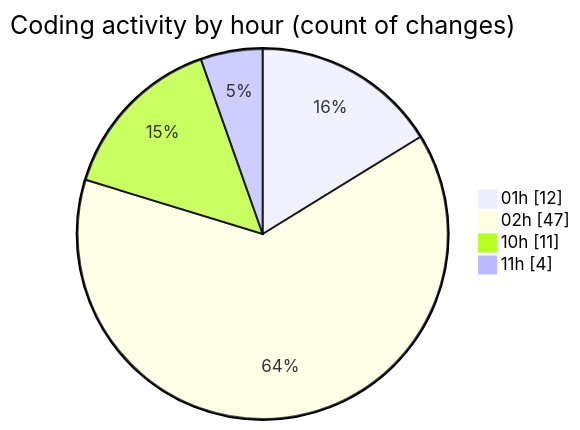
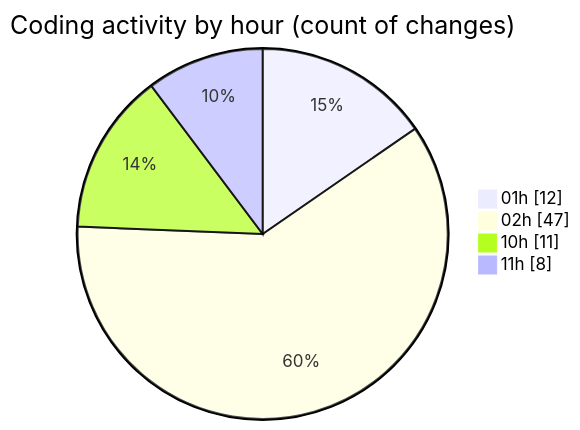
One commit to julien-gomy/code-tracking changed the second of 2 diagrams in 2025-10-24/eventscop-frontend-guide__workspace_/README.md. Above: the diagram before and after it, drawn with Mermaid. The commit also changed other lines of this file and 1 other file, not shown here.

````diff
--- a/2025-10-24/eventscop-frontend-guide__workspace_/README.md
+++ b/2025-10-24/eventscop-frontend-guide__workspace_/README.md
@@ -48,8 +49,8 @@
 ```mermaid
 pie showData
 title Coding activity by hour (count of changes)
 "01h" : 12
 "02h" : 47
 "10h" : 11
-"11h" : 4
+"11h" : 8
 ```
````
